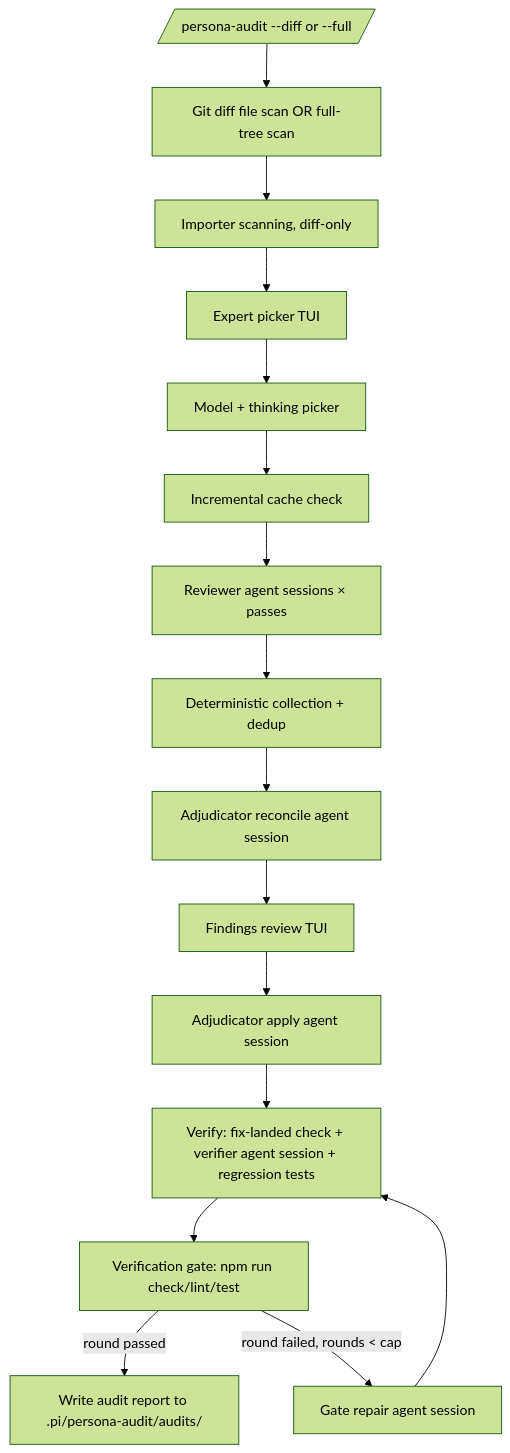
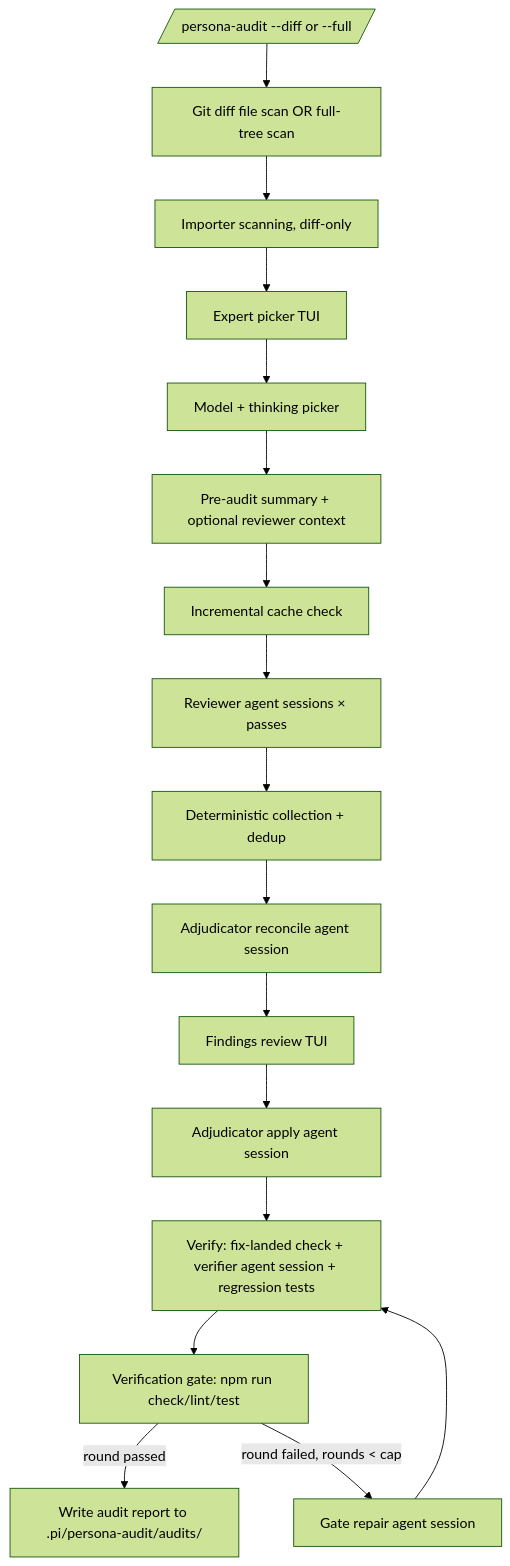
Before and after one commit to underactive/pi-topping-persona-audit: the diagram in README.md, drawn with Mermaid (forest theme). The commit also changed other lines of this file and 15 other files, not shown here.

First line of the commit message:
feat(agent): add pre-audit reviewer context and summary overlay

````diff
--- a/README.md
+++ b/README.md
@@ -170,18 +171,19 @@
 ```mermaid
 flowchart TD
   A[/persona-audit --diff or --full/] --> B[Git diff file scan OR full-tree scan]
   B --> C[Importer scanning, diff-only]
   C --> D[Expert picker TUI]
   D --> D2[Model + thinking picker]
-  D2 --> E[Incremental cache check]
+  D2 --> D3[Pre-audit summary + optional reviewer context]
+  D3 --> E[Incremental cache check]
   E --> F[Reviewer agent sessions × passes]
   F --> G[Deterministic collection + dedup]
   G --> H[Adjudicator reconcile agent session]
   H --> I[Findings review TUI]
   I --> J[Adjudicator apply agent session]
   J --> K1[Verify: fix-landed check + verifier agent session + regression tests]
   K1 --> K2[Verification gate: npm run check/lint/test]
   K2 -->|round passed| L[Write audit report to .pi/persona-audit/audits/]
   K2 -->|round failed, rounds < cap| M[Gate repair agent session]
   M --> K1
 ```
````
